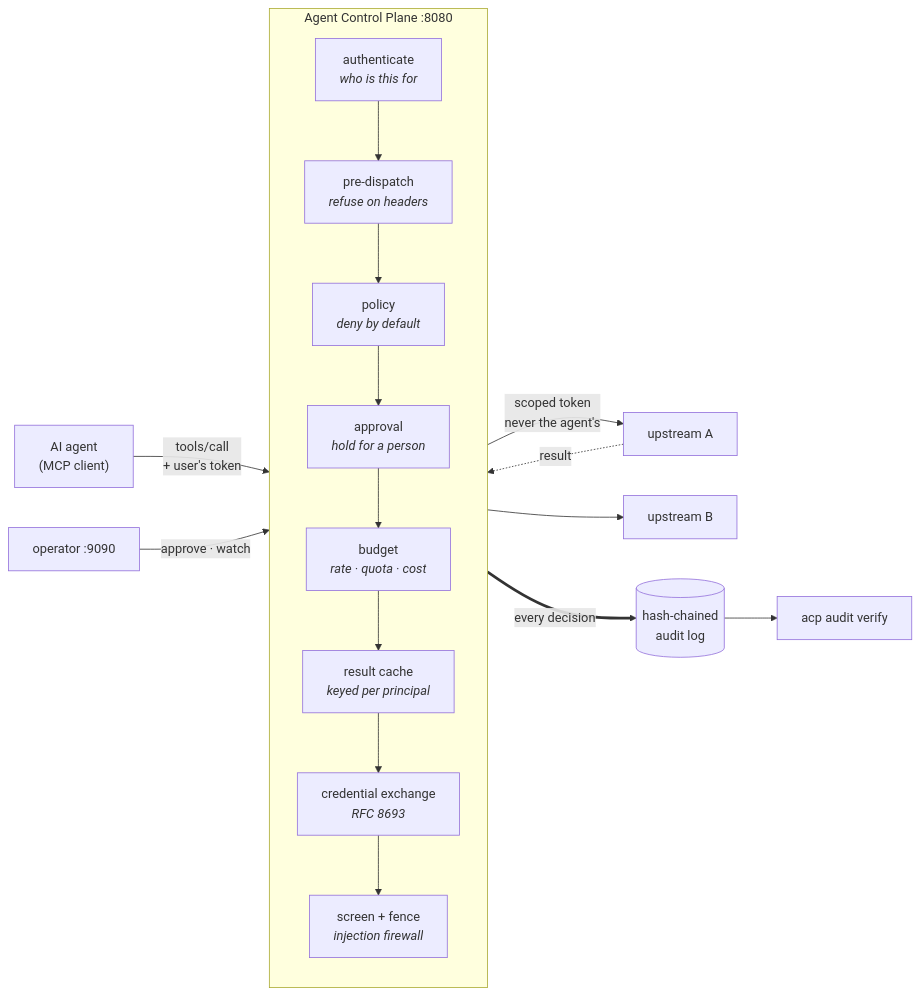
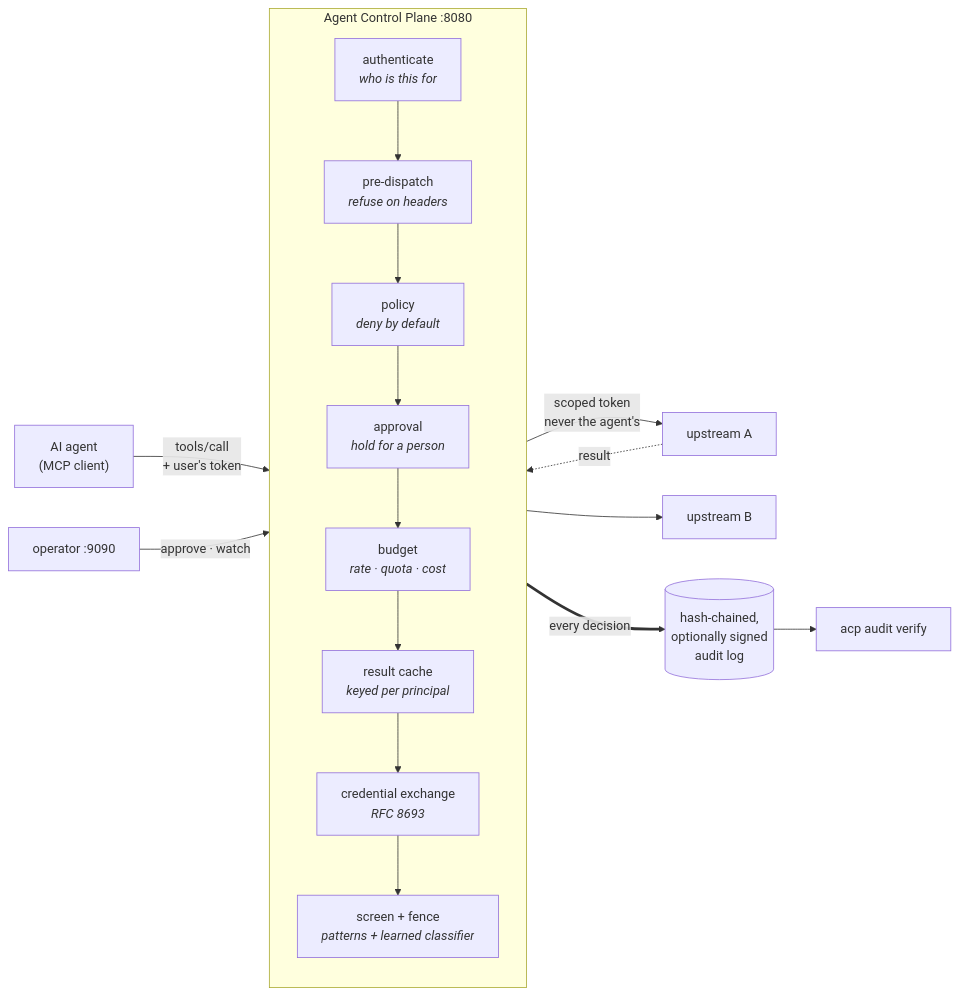
Before and after one commit to ChandanaRoyalS/agent-control-plane: the diagram in README.md, drawn with Mermaid. The commit also changed other lines of this file and 8 other files, not shown here.

````diff
--- a/README.md
+++ b/README.md
@@ -113,25 +113,25 @@
 ```mermaid
 flowchart LR
     A["AI agent<br/>(MCP client)"] -->|"tools/call<br/>+ user's token"| G
 
     subgraph G["Agent Control Plane :8080"]
         direction TB
         AU["authenticate<br/><i>who is this for</i>"]
         PD["pre-dispatch<br/><i>refuse on headers</i>"]
         PO["policy<br/><i>deny by default</i>"]
         AP["approval<br/><i>hold for a person</i>"]
         BU["budget<br/><i>rate · quota · cost</i>"]
         CA["result cache<br/><i>keyed per principal</i>"]
         EX["credential exchange<br/><i>RFC 8693</i>"]
-        FW["screen + fence<br/><i>injection firewall</i>"]
+        FW["screen + fence<br/><i>patterns + learned classifier</i>"]
         AU --> PD --> PO --> AP --> BU --> CA --> EX
         EX --> FW
     end
 
     G -->|"scoped token<br/>never the agent's"| U1["upstream A"]
     G --> U2["upstream B"]
     U1 -.->|"result"| FW
-    G ==>|"every decision"| CH[("hash-chained<br/>audit log")]
+    G ==>|"every decision"| CH[("hash-chained,<br/>optionally signed<br/>audit log")]
     OP["operator :9090"] -->|"approve · watch"| G
     CH --> V["acp audit verify"]
 ```
````
